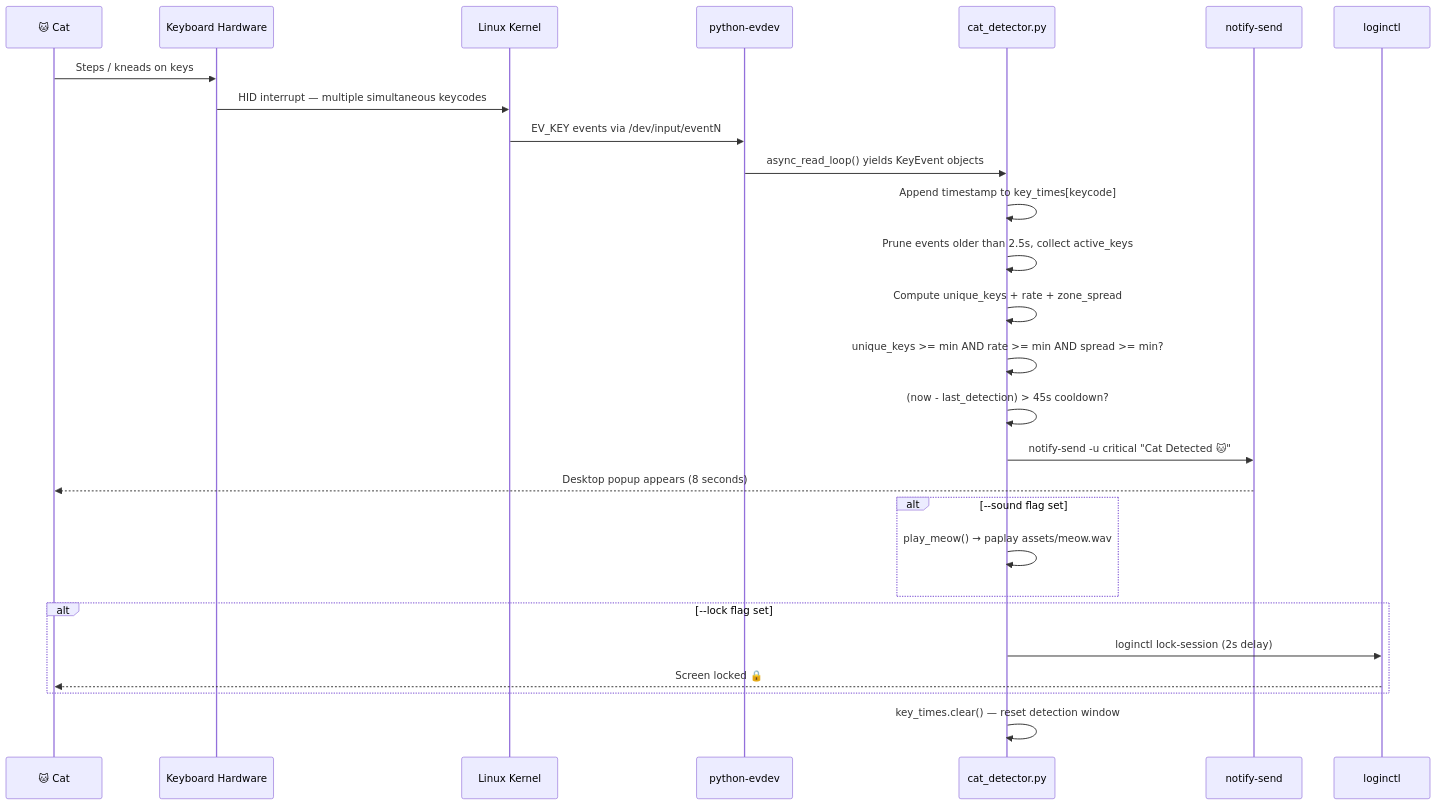
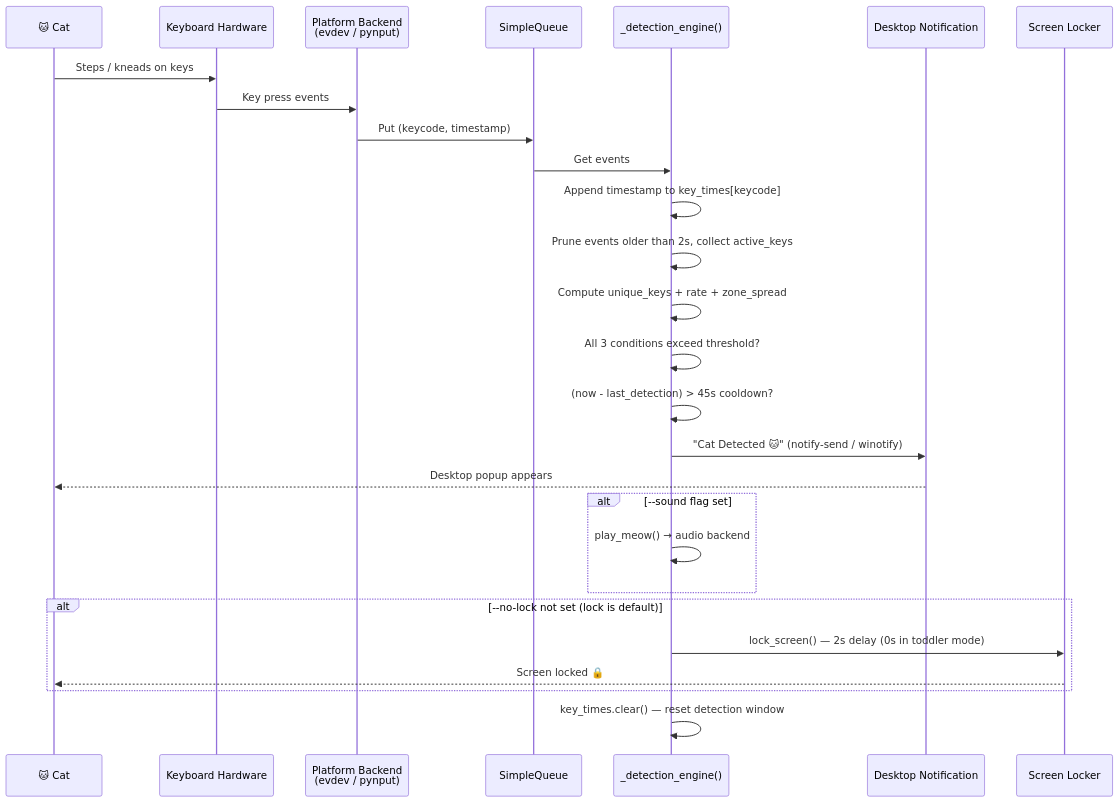
One commit to hkevin01/cat-detector changed the second of 4 diagrams in README.md. Above: the diagram before and after it, drawn with Mermaid. The commit also changed other lines of this file, not shown here.

Commit message:
fix: update README to reflect cross-platform support and enhance clarity

````diff
--- a/README.md
+++ b/README.md
@@ -129,30 +151,30 @@
 ```mermaid
 sequenceDiagram
     participant Cat as 🐱 Cat
     participant KB as Keyboard Hardware
-    participant Kernel as Linux Kernel
-    participant evdev as python-evdev
-    participant Detector as cat_detector.py
-    participant Notify as notify-send
-    participant Lock as loginctl
+    participant Backend as Platform Backend<br/>(evdev / pynput)
+    participant Queue as SimpleQueue
+    participant Detector as _detection_engine()
+    participant Notify as Desktop Notification
+    participant Lock as Screen Locker
 
     Cat->>KB: Steps / kneads on keys
-    KB->>Kernel: HID interrupt — multiple simultaneous keycodes
-    Kernel->>evdev: EV_KEY events via /dev/input/eventN
-    evdev->>Detector: async_read_loop() yields KeyEvent objects
+    KB->>Backend: Key press events
+    Backend->>Queue: Put (keycode, timestamp)
+    Queue->>Detector: Get events
     Detector->>Detector: Append timestamp to key_times[keycode]
-    Detector->>Detector: Prune events older than 2.5s, collect active_keys
+    Detector->>Detector: Prune events older than 2s, collect active_keys
     Detector->>Detector: Compute unique_keys + rate + zone_spread
-    Detector->>Detector: unique_keys >= min AND rate >= min AND spread >= min?
+    Detector->>Detector: All 3 conditions exceed threshold?
     Detector->>Detector: (now - last_detection) > 45s cooldown?
-    Detector->>Notify: notify-send -u critical "Cat Detected 🐱"
-    Notify-->>Cat: Desktop popup appears (8 seconds)
+    Detector->>Notify: "Cat Detected 🐱" (notify-send / winotify)
+    Notify-->>Cat: Desktop popup appears
     alt --sound flag set
-        Detector->>Detector: play_meow() → paplay assets/meow.wav
+        Detector->>Detector: play_meow() → audio backend
     end
-    alt --lock flag set
-        Detector->>Lock: loginctl lock-session (2s delay)
+    alt --no-lock not set (lock is default)
+        Detector->>Lock: lock_screen() — 2s delay (0s in toddler mode)
         Lock-->>Cat: Screen locked 🔒
     end
     Detector->>Detector: key_times.clear() — reset detection window
 ```
````
